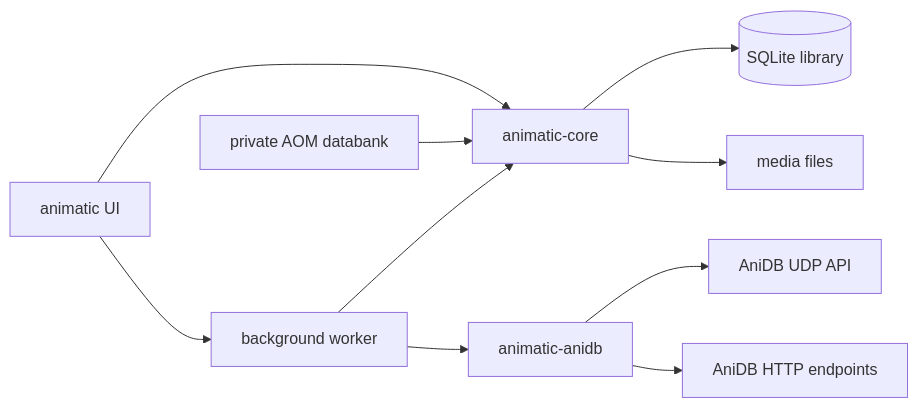
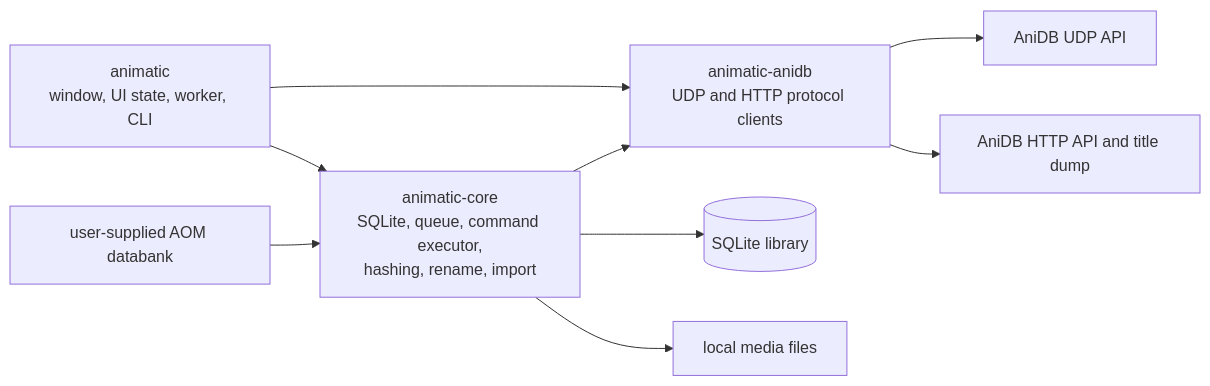
The first of 3 diagrams in docs/architecture.md (RetroHazard/animatic), drawn with Mermaid before and after one commit. The commit also changed other lines of this file and 14 other files, not shown here.

````diff
--- a/docs/architecture.md
+++ b/docs/architecture.md
@@ -7,12 +11,11 @@
 ```mermaid
 flowchart LR
-    UI[animatic UI] --> CORE[animatic-core]
-    UI --> WORKER[background worker]
-    WORKER --> CORE
-    WORKER --> API[animatic-anidb]
+    APP["animatic<br/>window, UI state, worker, CLI"] --> CORE["animatic-core<br/>SQLite, queue, command executor,<br/>hashing, rename, import"]
+    APP --> API["animatic-anidb<br/>UDP and HTTP protocol clients"]
+    CORE --> API
     API --> UDP[AniDB UDP API]
-    API --> HTTP[AniDB HTTP endpoints]
+    API --> HTTP[AniDB HTTP API and title dump]
     CORE --> DB[(SQLite library)]
-    CORE --> FS[media files]
-    IMPORT[private AOM databank] --> CORE
+    CORE --> FS[local media files]
+    IMPORT[user-supplied AOM databank] --> CORE
 ```
````
